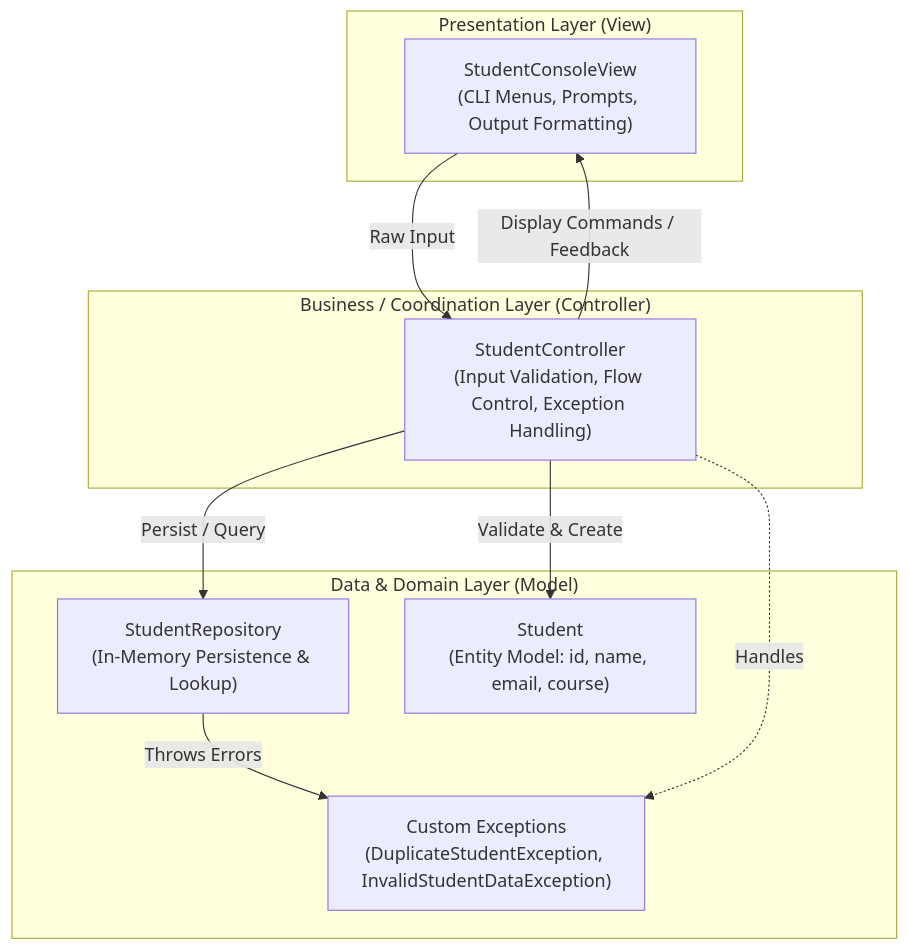
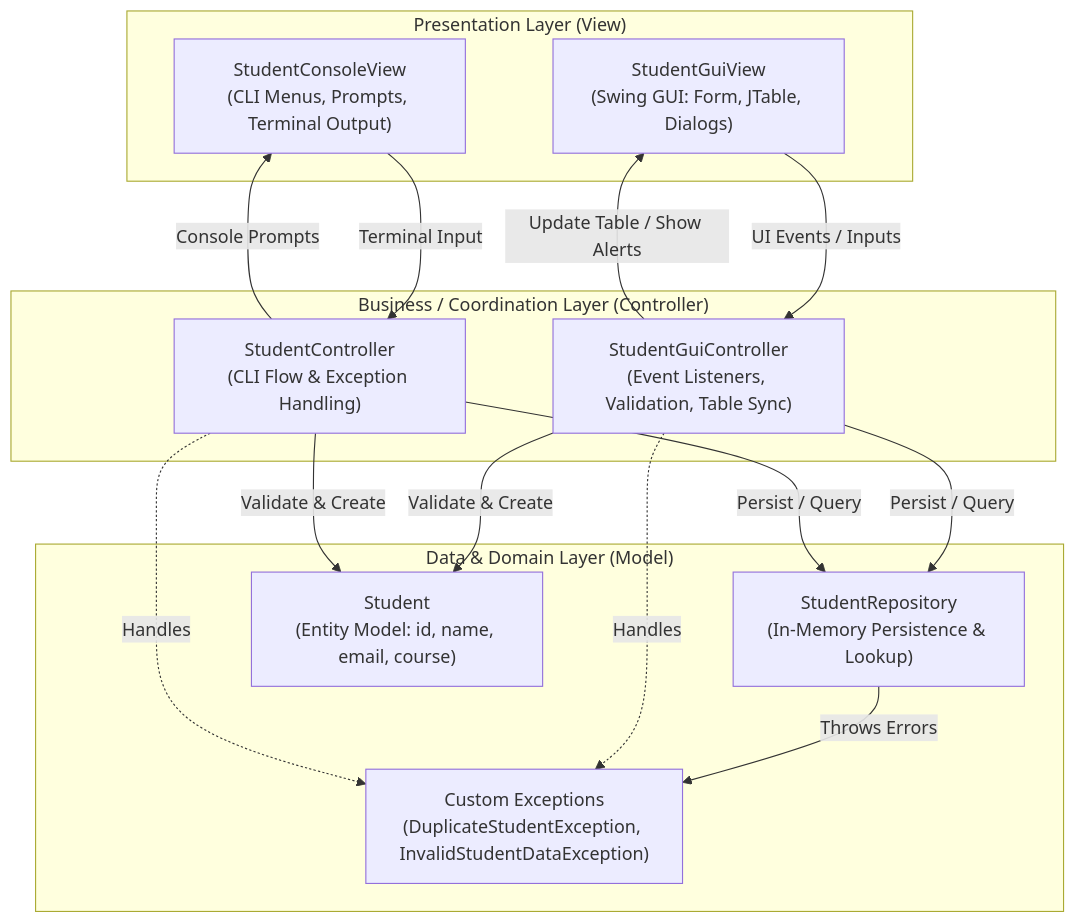
Before and after one commit to Archi-xima/SimpleJavaFXApp: the first of 2 diagrams in README.md, drawn with Mermaid. The commit also changed other lines of this file and 3 other files, not shown here.

Commit message:
Add modern Swing Graphical User Interface (GUI) following MVC pattern

````diff
--- a/README.md
+++ b/README.md
@@ -44,23 +44,32 @@
 ```mermaid
 graph TD
     subgraph Presentation_Layer ["Presentation Layer (View)"]
-        UI["StudentConsoleView<br/>(CLI Menus, Prompts, Output Formatting)"]
+        GUI["StudentGuiView<br/>(Swing GUI: Form, JTable, Dialogs)"]
+        CLI["StudentConsoleView<br/>(CLI Menus, Prompts, Terminal Output)"]
     end
 
     subgraph Controller_Layer ["Business / Coordination Layer (Controller)"]
-        CTRL["StudentController<br/>(Input Validation, Flow Control, Exception Handling)"]
+        GCTRL["StudentGuiController<br/>(Event Listeners, Validation, Table Sync)"]
+        CCTRL["StudentController<br/>(CLI Flow & Exception Handling)"]
     end
 
     subgraph Model_Layer ["Data & Domain Layer (Model)"]
         REPO["StudentRepository<br/>(In-Memory Persistence & Lookup)"]
         ENTITY["Student<br/>(Entity Model: id, name, email, course)"]
         EXCEPTIONS["Custom Exceptions<br/>(DuplicateStudentException, InvalidStudentDataException)"]
     end
 
-    UI -->|"Raw Input"| CTRL
-    CTRL -->|"Display Commands / Feedback"| UI
-    CTRL -->|"Validate & Create"| ENTITY
-    CTRL -->|"Persist / Query"| REPO
+    GUI -->|"UI Events / Inputs"| GCTRL
+    GCTRL -->|"Update Table / Show Alerts"| GUI
+    CLI -->|"Terminal Input"| CCTRL
+    CCTRL -->|"Console Prompts"| CLI
+
+    GCTRL -->|"Validate & Create"| ENTITY
+    GCTRL -->|"Persist / Query"| REPO
+    CCTRL -->|"Validate & Create"| ENTITY
+    CCTRL -->|"Persist / Query"| REPO
+
     REPO -->|"Throws Errors"| EXCEPTIONS
-    CTRL -.->|"Handles"| EXCEPTIONS
+    GCTRL -.->|"Handles"| EXCEPTIONS
+    CCTRL -.->|"Handles"| EXCEPTIONS
 ```
````
